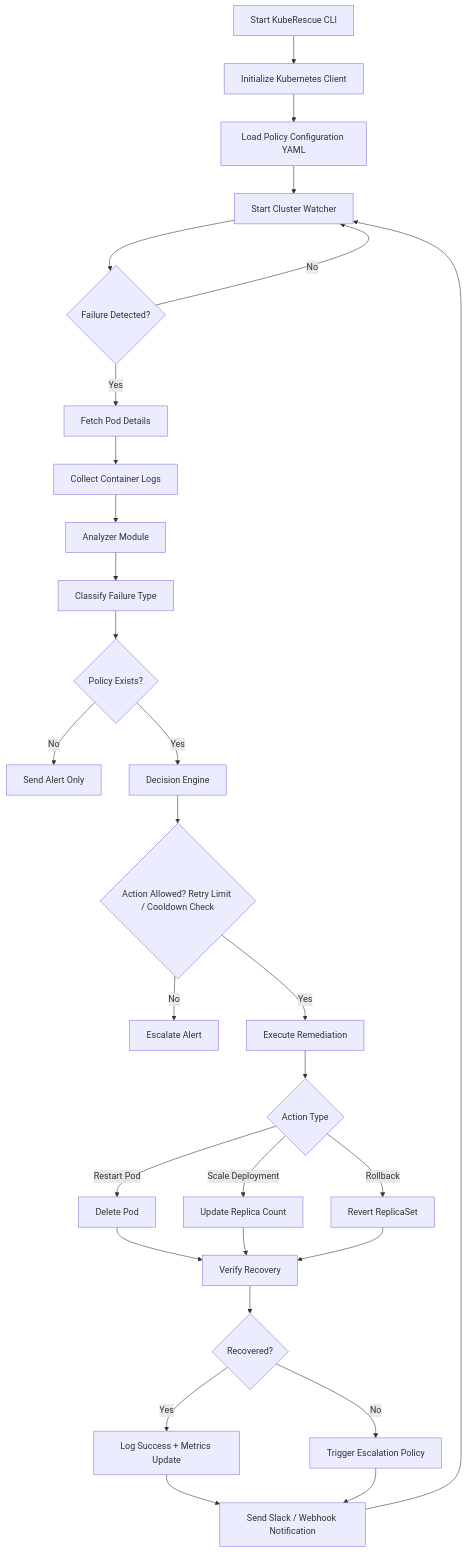
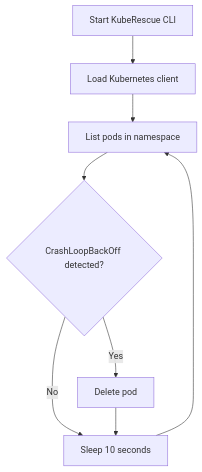
One commit to sameeralam3127/KubeRescue changed the first of 2 diagrams in README.md. Above: the diagram before and after it, drawn with Mermaid. The commit also changed other lines of this file, not shown here.

````diff
--- a/README.md
+++ b/README.md
@@ -42,45 +41,10 @@
 ```mermaid
 flowchart TD
-    A[Start KubeRescue CLI] --> B[Initialize Kubernetes Client]
-    B --> C[Load Policy Configuration YAML]
-    C --> D[Start Cluster Watcher]
-
-    D --> E{Failure Detected?}
-
-    E -- No --> D
-    E -- Yes --> F[Fetch Pod Details]
-    F --> G[Collect Container Logs]
-
-    G --> H[Analyzer Module]
-    H --> I[Classify Failure Type]
-
-    I --> J{Policy Exists?}
-
-    J -- No --> K[Send Alert Only]
-    J -- Yes --> L[Decision Engine]
-
-    L --> M{Action Allowed? Retry Limit / Cooldown Check}
-
-    M -- No --> N[Escalate Alert]
-    M -- Yes --> O[Execute Remediation]
-
-    O --> P{Action Type}
-
-    P --> |Restart Pod| Q[Delete Pod]
-    P --> |Scale Deployment| R[Update Replica Count]
-    P --> |Rollback| S[Revert ReplicaSet]
-
-    Q --> T[Verify Recovery]
-    R --> T
-    S --> T
-
-    T --> U{Recovered?}
-
-    U -- Yes --> V[Log Success + Metrics Update]
-    U -- No --> W[Trigger Escalation Policy]
-
-    V --> X[Send Slack / Webhook Notification]
-    W --> X
-
-    X --> D
+    A[Start KubeRescue CLI] --> B[Load Kubernetes client]
+    B --> C[List pods in namespace]
+    C --> D{CrashLoopBackOff detected?}
+    D -- No --> E[Sleep 10 seconds]
+    D -- Yes --> F[Delete pod]
+    F --> E
+    E --> C
 ```
````
